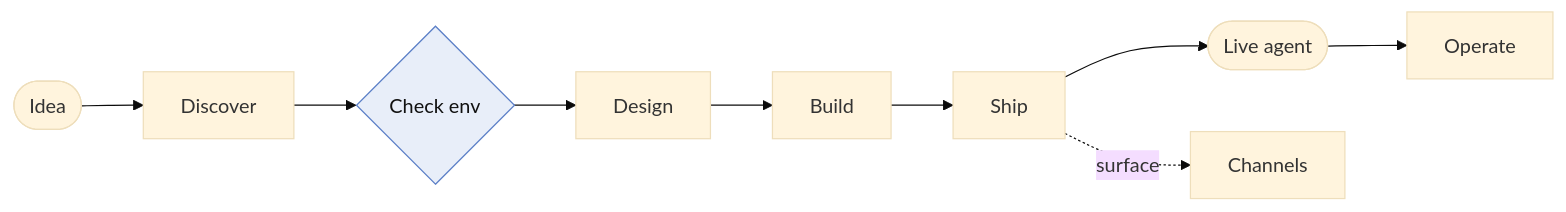
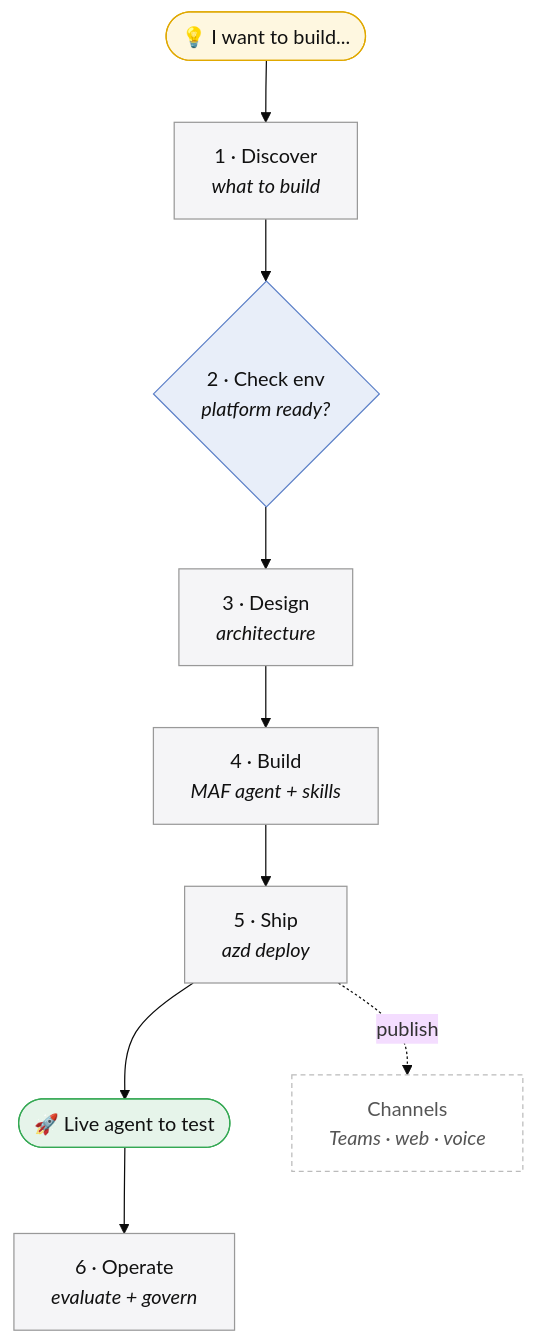
One commit to hamza-roujdami/agent-factory-starter changed the first of 2 diagrams in README.md. Above: the diagram before and after it, drawn with Mermaid (base theme). The commit also changed other lines of this file, not shown here.

Commit message:
docs: richer Builder Journey mermaid (numbered phases, outputs, gate + start/finish styling)

````diff
--- a/README.md
+++ b/README.md
@@ -28,14 +28,19 @@
 ```mermaid
-flowchart LR
-    idea([Idea]) --> D[Discover]
-    D --> C{Check env}
-    C --> DES[Design]
-    DES --> B[Build]
-    B --> S[Ship]
-    S --> live([Live agent])
-    live --> O[Operate]
-    S -. surface .-> CH[Channels]
+flowchart TD
+    idea([💡 I want to build...]):::start --> D
+    D[1 · Discover<br/><i>what to build</i>]:::step --> C
+    C{2 · Check env<br/><i>platform ready?</i>}:::gate --> DES
+    DES[3 · Design<br/><i>architecture</i>]:::step --> B
+    B[4 · Build<br/><i>MAF agent + skills</i>]:::step --> S
+    S[5 · Ship<br/><i>azd deploy</i>]:::step --> live
+    live([🚀 Live agent to test]):::done --> O
+    O[6 · Operate<br/><i>evaluate + govern</i>]:::step
 
+    S -. publish .-> CH[Channels<br/><i>Teams · web · voice</i>]:::side
+
+    classDef start fill:#fef7e0,stroke:#e0a800,color:#111;
+    classDef done fill:#e6f4ea,stroke:#34a853,color:#111;
     classDef gate fill:#e8eef9,stroke:#5b7fc7,color:#111;
-    class C gate;
+    classDef step fill:#f5f5f7,stroke:#999,color:#111;
+    classDef side fill:#fff,stroke:#bbb,color:#555,stroke-dasharray:4 3;
 ```
````
